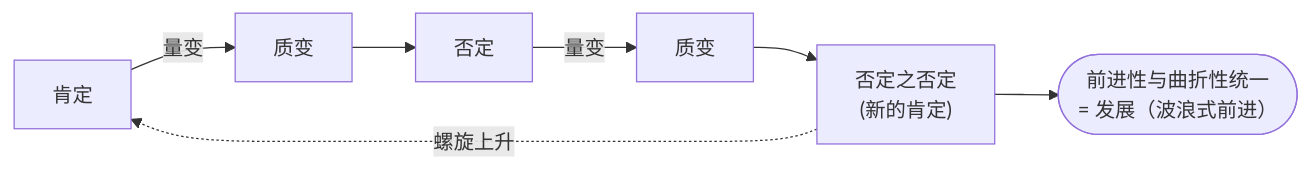
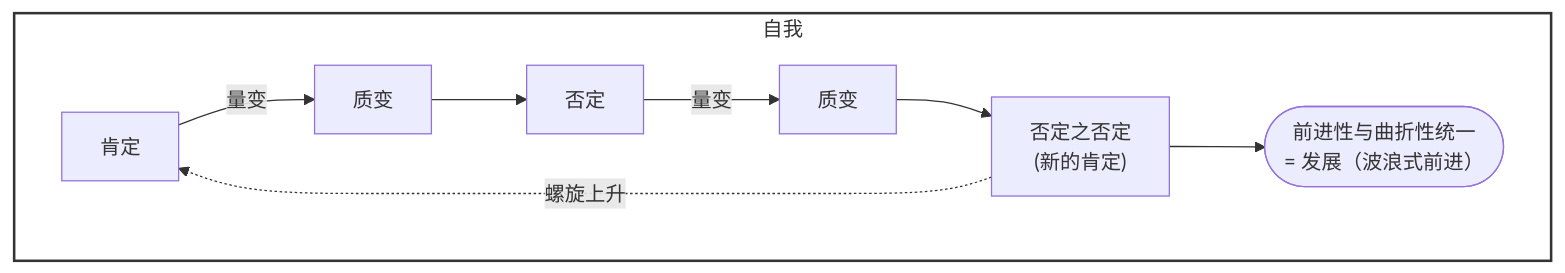
Before and after one commit to zhouliangjin-hit/-: the second of 2 diagrams in mindmap/chapter-01.md, drawn with Mermaid. The commit also changed other lines of this file and 1 other file, not shown here.

````diff
--- a/mindmap/chapter-01.md
+++ b/mindmap/chapter-01.md
@@ -186,7 +195,12 @@
 ```mermaid
 flowchart LR
-    A["肯定"] -- 量变 --> A2["质变"] --> B["否定"]
-    B -- 量变 --> B2["质变"] --> C["否定之否定<br/>(新的肯定)"]
-    C -.螺旋上升.-> A
-    C --> D(["前进性与曲折性统一<br/>= 发展（波浪式前进）"])
+    subgraph self["自我"]
+        direction LR
+        A["肯定"] -- 量变 --> A2["质变"] --> B["否定"]
+        B -- 量变 --> B2["质变"] --> C["否定之否定<br/>(新的肯定)"]
+        C -.螺旋上升.-> A
+        C --> D(["前进性与曲折性统一<br/>= 发展（波浪式前进）"])
+    end
+
+    style self fill:none,stroke:#333,stroke-width:2px
 ```
````
